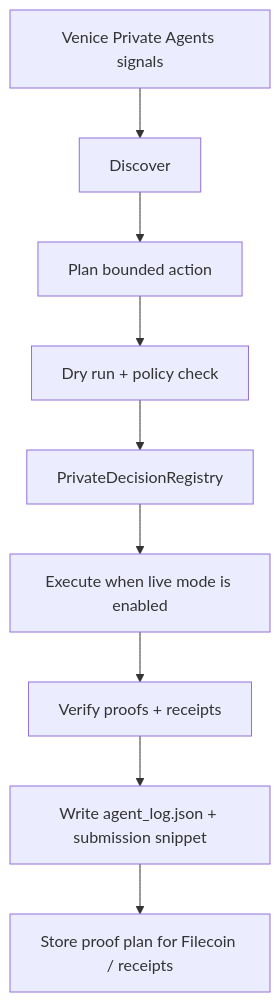
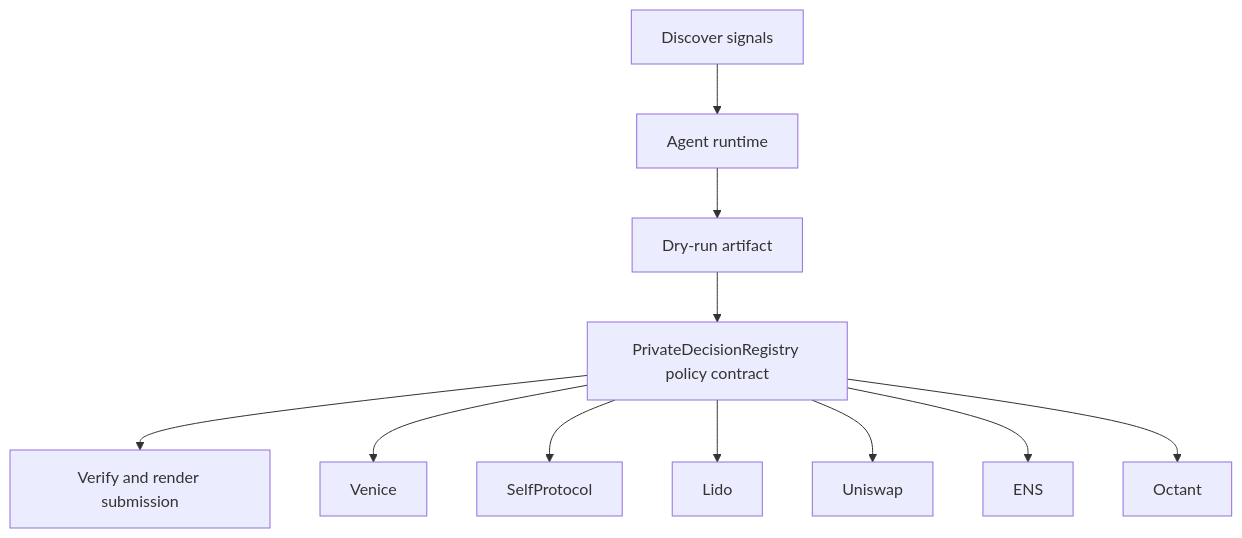
One commit to CrystallineButterfly/Synthesis-Venice-PrivateAgents changed the diagram in README.md. Above: the diagram before and after it, drawn with Mermaid. The commit also changed other lines of this file and 998 other files, not shown here.

Commit message:
Implement bounded agent runtime

````diff
--- a/README.md
+++ b/README.md
@@ -30,11 +26,15 @@
-        ```mermaid
-        flowchart TD
-    Signals[Venice Private Agents signals] --> Discover[Discover]
-    Discover --> Plan[Plan bounded action]
-    Plan --> DryRun[Dry run + policy check]
-    DryRun --> Guard[PrivateDecisionRegistry]
-    Guard --> Execute[Execute when live mode is enabled]
-    Execute --> Verify[Verify proofs + receipts]
-    Verify --> Persist[Write agent_log.json + submission snippet]
-    Persist --> Storage[Store proof plan for Filecoin / receipts]
-        ```
+```mermaid
+flowchart TD
+    Signals[Discover signals]
+    Planner[Agent runtime]
+    DryRun[Dry-run artifact]
+    Contract[PrivateDecisionRegistry policy contract]
+    Verify[Verify and render submission]
+    Signals --> Planner --> DryRun --> Contract --> Verify
+    Contract --> venice[Venice]
+    Contract --> selfprotocol[SelfProtocol]
+    Contract --> lido[Lido]
+    Contract --> uniswap[Uniswap]
+    Contract --> ens[ENS]
+    Contract --> octant[Octant]
+```
````
